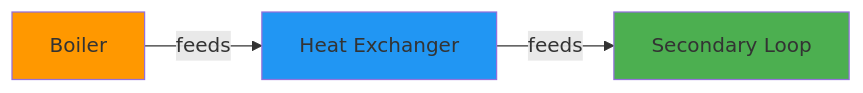
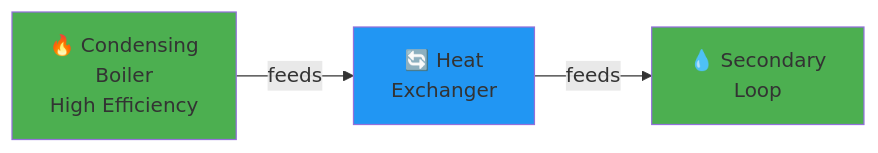
Before and after one commit to CenterForTheBuiltEnvironment/HHW_brick: the tenth of 15 diagrams in docs/getting-started/understanding-brick.md, drawn with Mermaid. The commit also changed other lines of this file and 1 other file, not shown here.

````diff
--- a/docs/getting-started/understanding-brick.md
+++ b/docs/getting-started/understanding-brick.md
@@ -178,9 +511,9 @@
 ```mermaid
 graph LR
-    B[Boiler] -->|feeds| HX[Heat Exchanger]
-    HX -->|feeds| SL[Secondary Loop]
+    B[🔥 Condensing<br/>Boiler<br/>High Efficiency] -->|feeds| HX[🔄 Heat<br/>Exchanger]
+    HX -->|feeds| SL[💧 Secondary<br/>Loop]
 
-    style B fill:#ff9800
+    style B fill:#4caf50
     style HX fill:#2196f3
     style SL fill:#4caf50
 ```
````
